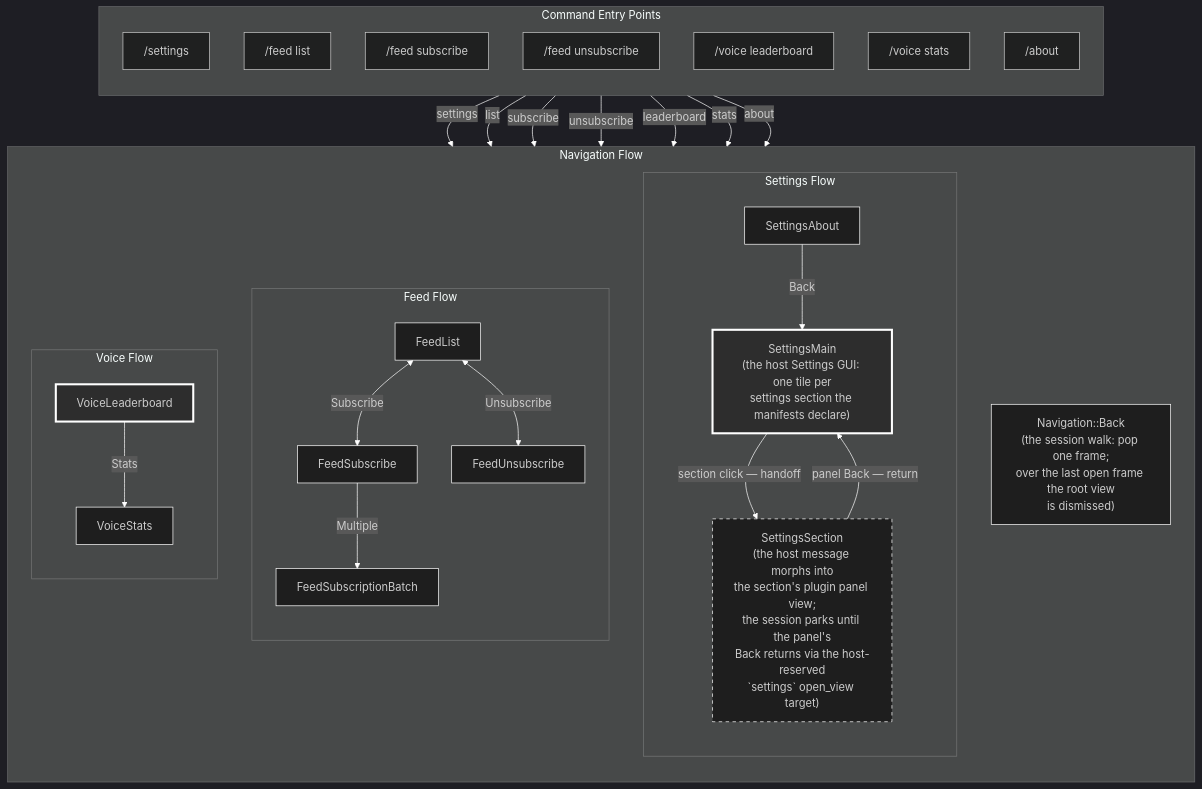
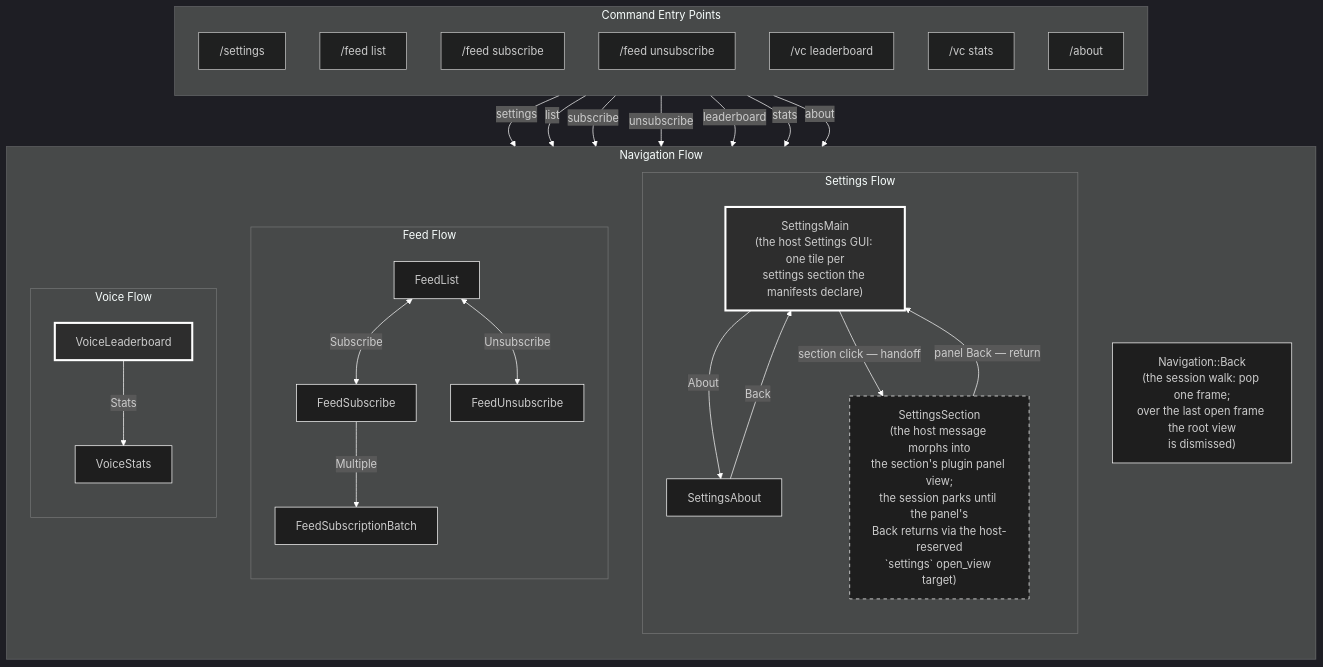
Before and after one commit to FAZuH/pwr-bot: the diagram in docs/diagrams/view-routes.mmd, drawn with Mermaid. The commit also changed 8 other files, not shown here.

First line of the commit message:
docs: align architecture doc and view-routes diagram with the plugin tree

```diff
--- a/docs/diagrams/view-routes.mmd
+++ b/docs/diagrams/view-routes.mmd
@@ -1,80 +1,81 @@
 %%{init: {
   'theme': 'dark',
   'themeVariables': {
     'primaryColor': '#1e1e1e',
     'primaryTextColor': '#ffffff',
     'primaryBorderColor': '#ffffff',
     'lineColor': '#ffffff',
     'secondaryColor': '#2d2d2d',
     'tertiaryColor': '#1e1e1e',
     'noteBkgColor': '#2d2d2d',
     'noteTextColor': '#ffffff',
     'noteBorderColor': '#ffffff'
   }
 }}%%
 graph TB
     subgraph Commands["Command Entry Points"]
         direction TB
         SettingsCmd["/settings"]
         FeedListCmd["/feed list"]
         FeedSubCmd["/feed subscribe"]
         FeedUnsubCmd["/feed unsubscribe"]
-        VoiceLBCmd["/voice leaderboard"]
-        VoiceStatsCmd["/voice stats"]
+        VoiceLBCmd["/vc leaderboard"]
+        VoiceStatsCmd["/vc stats"]
         AboutCmd["/about"]
     end
 
     subgraph Navigation["Navigation Flow"]
         direction TB
 
         subgraph SettingsFlow["Settings Flow"]
             direction TB
             SettingsMain["SettingsMain<br/>(the host Settings GUI: one tile per<br/>settings section the manifests declare)"]
             SettingsAbout["SettingsAbout"]
 
             SettingsAbout -->|"Back"| SettingsMain
             SettingsMain -->|"section click — handoff"| SectionHandoff["SettingsSection<br/>(the host message morphs into<br/>the section's plugin panel view;<br/>the session parks until the panel's<br/>Back returns via the host-reserved<br/>`settings` open_view target)"]
             SectionHandoff -->|"panel Back — return"| SettingsMain
+            SettingsMain -->|"About"| SettingsAbout
         end
 
         subgraph FeedFlow["Feed Flow"]
             direction TB
             FeedList["FeedList"]
             FeedSubscribe["FeedSubscribe"]
             FeedUnsubscribe["FeedUnsubscribe"]
             FeedBatch["FeedSubscriptionBatch"]
 
             FeedList <-->|Subscribe| FeedSubscribe
             FeedList <-->|Unsubscribe| FeedUnsubscribe
             FeedSubscribe -->|Multiple| FeedBatch
         end
 
         subgraph VoiceFlow["Voice Flow"]
             direction TB
             VoiceLeaderboard["VoiceLeaderboard"]
             VoiceStats["VoiceStats"]
 
             VoiceLeaderboard -->|Stats| VoiceStats
         end
 
         Back["Navigation::Back<br/>(the session walk: pop one frame;<br/>over the last open frame the root view<br/>is dismissed)"]
     end
 
     Commands -->|settings| SettingsMain
     Commands -->|list| FeedList
     Commands -->|subscribe| FeedSubscribe
     Commands -->|unsubscribe| FeedUnsubscribe
     Commands -->|leaderboard| VoiceLeaderboard
     Commands -->|stats| VoiceStats
     Commands -->|about| SettingsAbout
 
     style SettingsMain fill:#2d2d2d,stroke:#ffffff,stroke-width:3px
     style SectionHandoff fill:#1e1e1e,stroke:#ffffff,stroke-dasharray: 5 5
     style SettingsAbout fill:#1e1e1e,stroke:#ffffff
     style FeedList fill:#1e1e1e,stroke:#ffffff
     style FeedSubscribe fill:#1e1e1e,stroke:#ffffff
     style FeedUnsubscribe fill:#1e1e1e,stroke:#ffffff
     style FeedBatch fill:#1e1e1e,stroke:#ffffff
     style VoiceLeaderboard fill:#2d2d2d,stroke:#ffffff,stroke-width:3px
     style VoiceStats fill:#1e1e1e,stroke:#ffffff
     style Back fill:#1e1e1e,stroke:#ffffff
```
